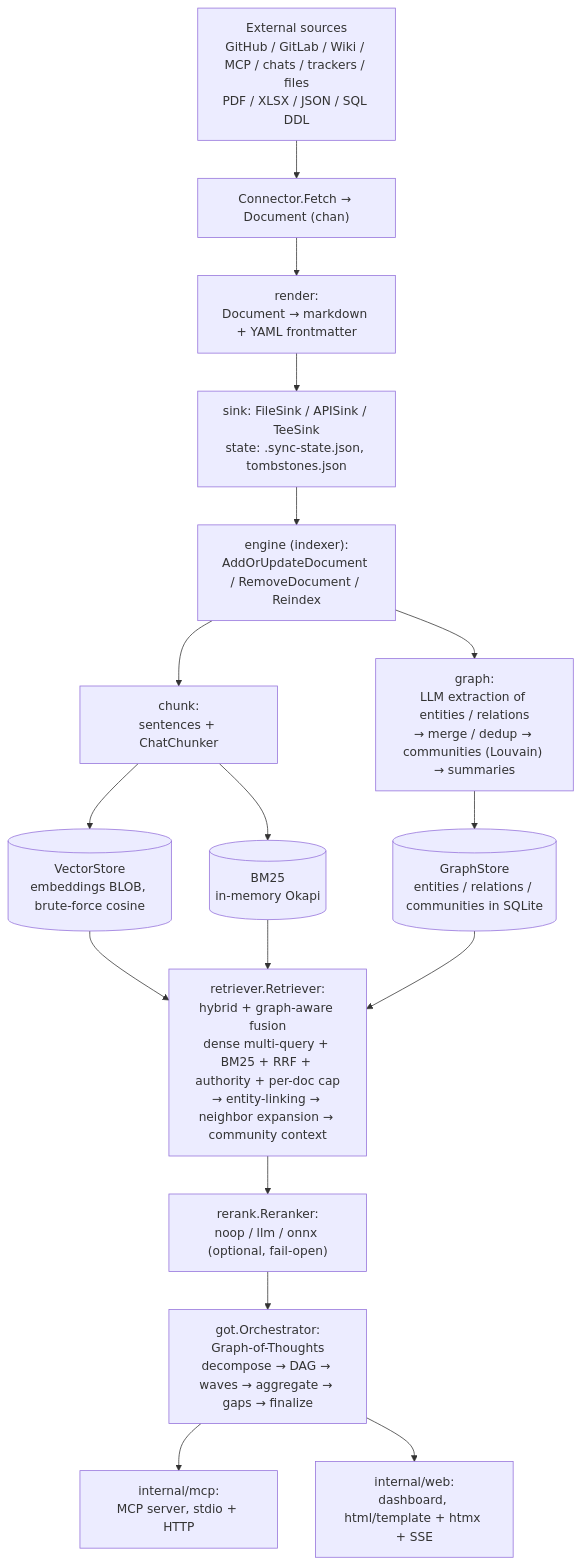
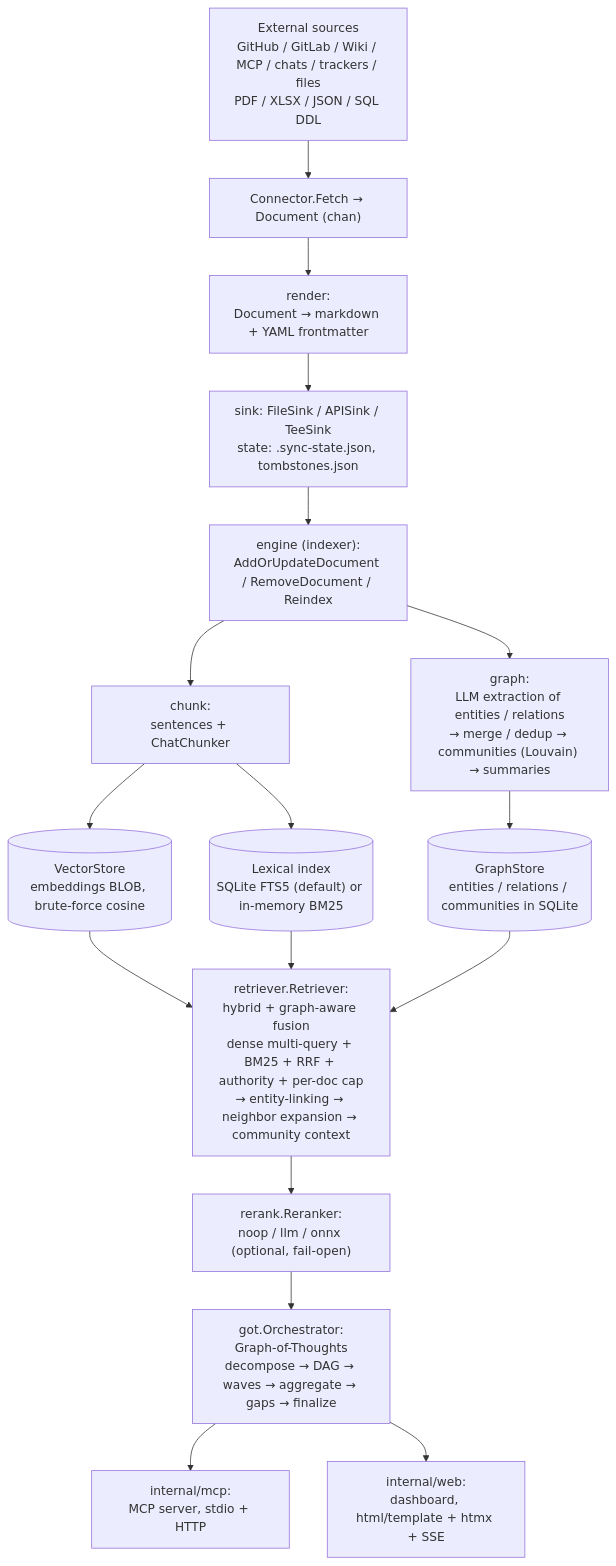
One commit to alterfo/kb changed the diagram in README.md. Above: the diagram before and after it, drawn with Mermaid. The commit also changed other lines of this file and 12 other files, not shown here.

````diff
--- a/README.md
+++ b/README.md
@@ -41,24 +42,24 @@
 ```mermaid
 flowchart TD
     src["External sources<br/>GitHub / GitLab / Wiki / MCP / chats / trackers / files<br/>PDF / XLSX / JSON / SQL DDL"] --> fetch["Connector.Fetch → Document (chan)"]
     fetch --> render["render:<br/>Document → markdown + YAML frontmatter"]
     render --> sink["sink: FileSink / APISink / TeeSink<br/>state: .sync-state.json, tombstones.json"]
     sink --> idx["engine (indexer):<br/>AddOrUpdateDocument / RemoveDocument / Reindex"]
 
     idx --> chunk["chunk:<br/>sentences + ChatChunker"]
     idx --> graphn["graph:<br/>LLM extraction of entities / relations<br/>→ merge / dedup → communities (Louvain) → summaries"]
 
     chunk --> vstore[("VectorStore<br/>embeddings BLOB, brute-force cosine")]
-    chunk --> bm25[("BM25<br/>in-memory Okapi")]
+    chunk --> bm25[("Lexical index<br/>SQLite FTS5 (default) or in-memory BM25")]
     graphn --> gstore[("GraphStore<br/>entities / relations / communities in SQLite")]
 
     vstore --> retr["retriever.Retriever:<br/>hybrid + graph-aware fusion<br/>dense multi-query + BM25 + RRF + authority + per-doc cap<br/>→ entity-linking → neighbor expansion → community context"]
     bm25 --> retr
     gstore --> retr
 
     retr --> rerank["rerank.Reranker:<br/>noop / llm / onnx (optional, fail-open)"]
     rerank --> got["got.Orchestrator:<br/>Graph-of-Thoughts<br/>decompose → DAG → waves → aggregate → gaps → finalize"]
 
     got --> mcp["internal/mcp:<br/>MCP server, stdio + HTTP"]
     got --> web["internal/web:<br/>dashboard, html/template + htmx + SSE"]
 ```
````
